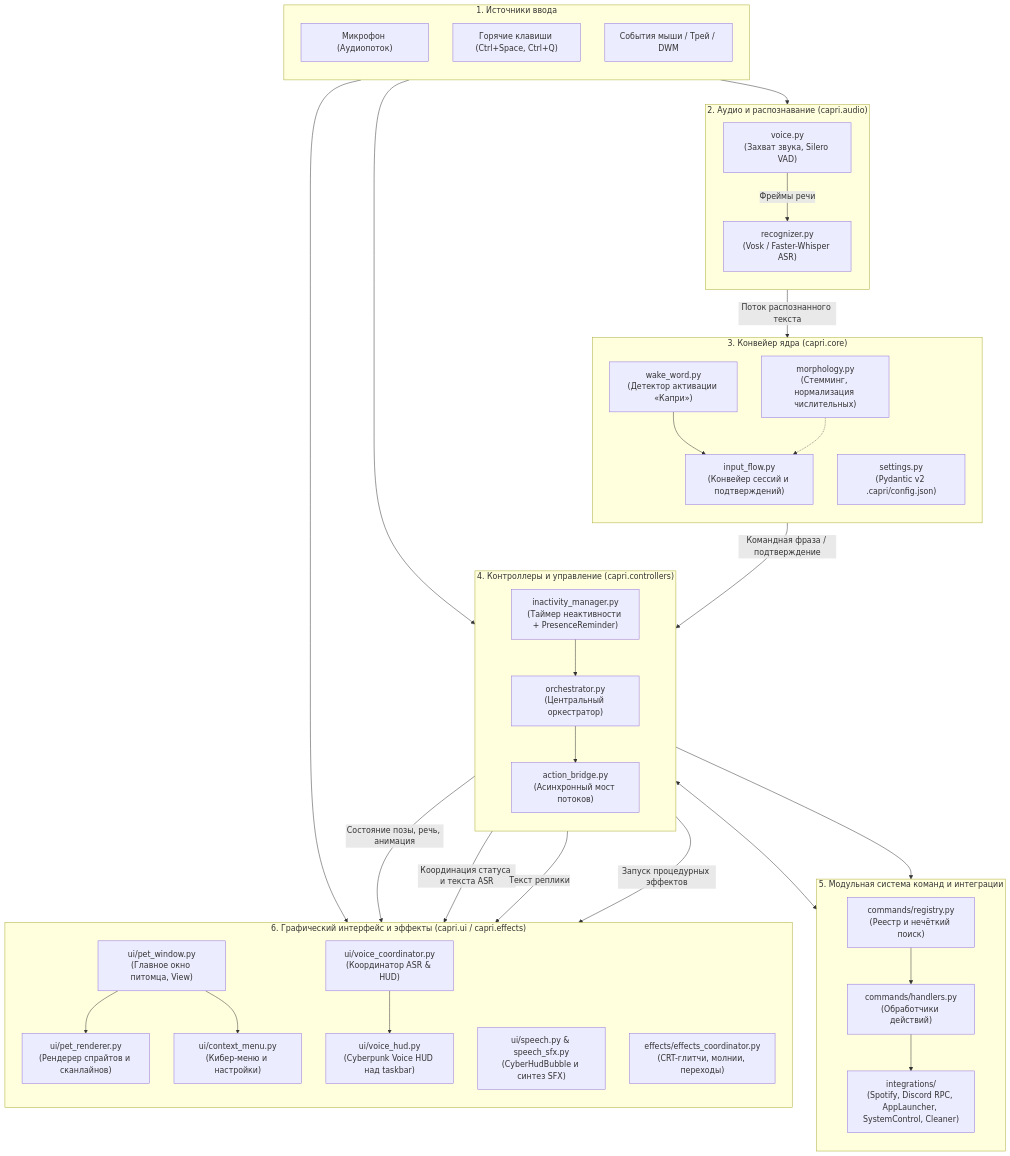
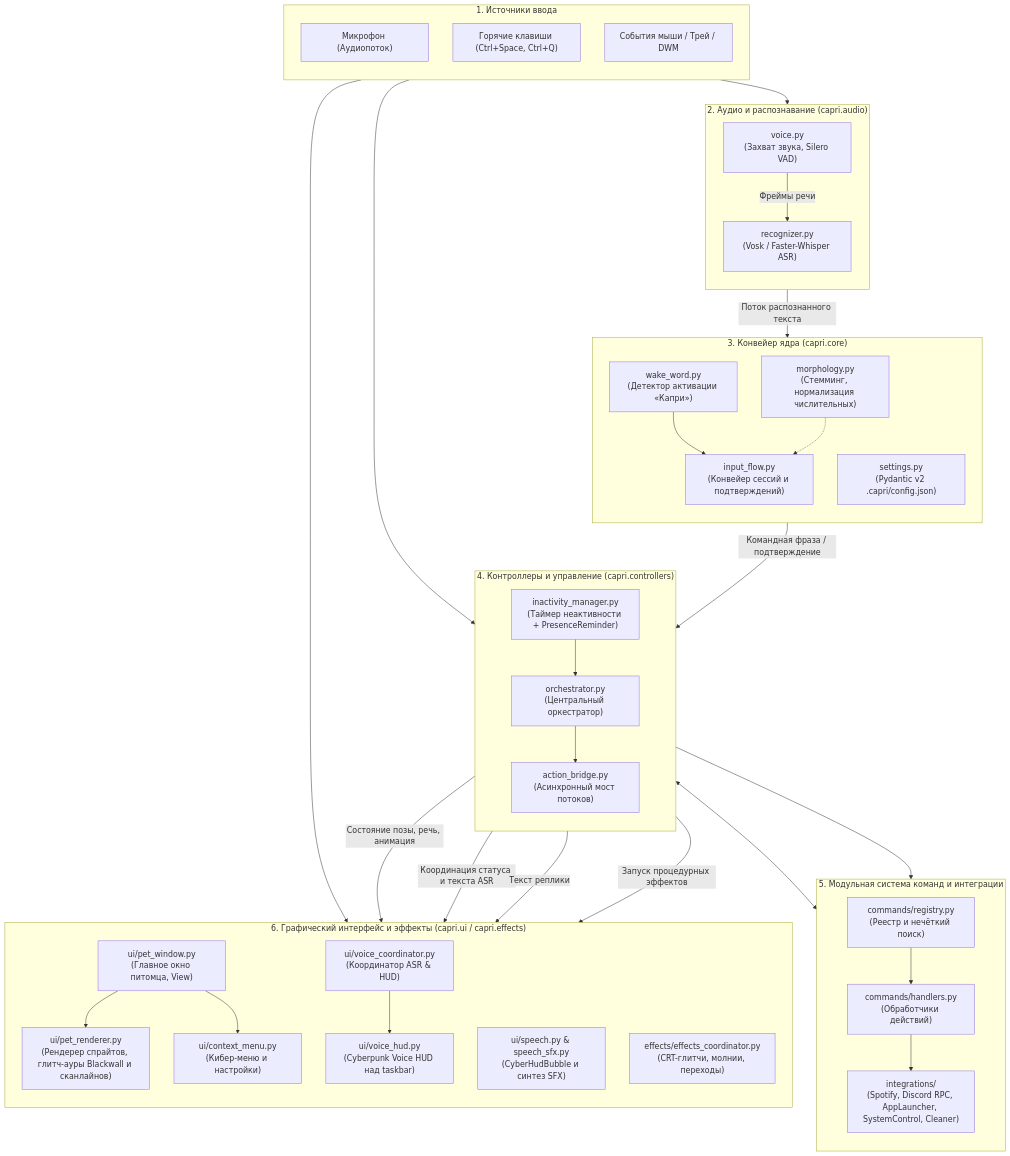
Before and after one commit to xTerionsilker/CapriPet-Python: the first of 2 diagrams in docs/architecture.md, drawn with Mermaid. The commit also changed 9 other files, not shown here.

```diff
--- a/docs/architecture.md
+++ b/docs/architecture.md
@@ -59,7 +59,7 @@
     subgraph VisualPresentation["6. Графический интерфейс и эффекты (capri.ui / capri.effects)"]
         direction TB
         PetWindow["ui/pet_window.py<br/>(Главное окно питомца, View)"]
-        PetRenderer["ui/pet_renderer.py<br/>(Рендерер спрайтов и сканлайнов)"]
+        PetRenderer["ui/pet_renderer.py<br/>(Рендерер спрайтов, глитч-ауры Blackwall и сканлайнов)"]
         ContextMenu["ui/context_menu.py<br/>(Кибер-меню и настройки)"]
         VoiceCoord["ui/voice_coordinator.py<br/>(Координатор ASR & HUD)"]
         VoiceHUD["ui/voice_hud.py<br/>(Cyberpunk Voice HUD над taskbar)"]
```
